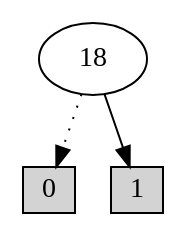
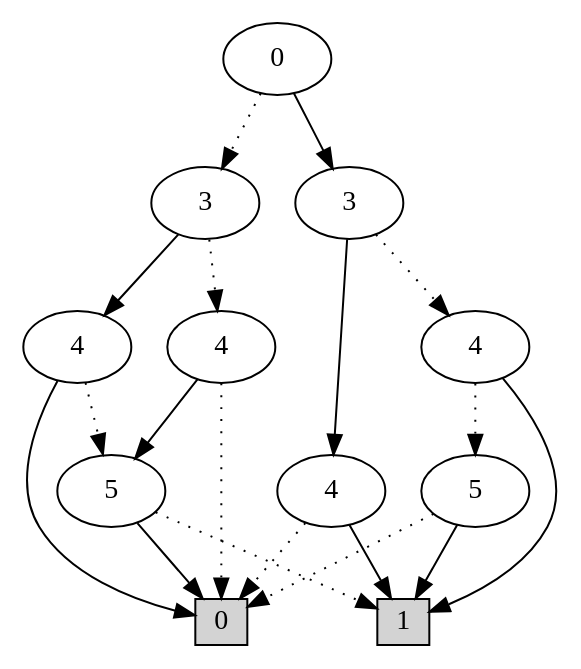
One commit to MieskeB/2IMF25 changed the diagram in ass6/res/circuit06/U56.dot. Above: the diagram before and after it, drawn with Graphviz. The commit also changed 830 other files, not shown here.

```diff
--- a/ass6/res/circuit06/U56.dot
+++ b/ass6/res/circuit06/U56.dot
@@ -1,7 +1,31 @@
 digraph G {
 0 [shape=box, label="0", style=filled, shape=box, height=0.3, width=0.3];
 1 [shape=box, label="1", style=filled, shape=box, height=0.3, width=0.3];
-38 [label="18"];
-38 -> 0 [style=dotted];
-38 -> 1 [style=filled];
+245 [label="0"];
+245 -> 243 [style=dotted];
+245 -> 244 [style=filled];
+243 [label="3"];
+243 -> 223 [style=dotted];
+243 -> 204 [style=filled];
+223 [label="4"];
+223 -> 0 [style=dotted];
+223 -> 13 [style=filled];
+13 [label="5"];
+13 -> 1 [style=dotted];
+13 -> 0 [style=filled];
+204 [label="4"];
+204 -> 13 [style=dotted];
+204 -> 0 [style=filled];
+244 [label="3"];
+244 -> 202 [style=dotted];
+244 -> 10 [style=filled];
+202 [label="4"];
+202 -> 12 [style=dotted];
+202 -> 1 [style=filled];
+12 [label="5"];
+12 -> 0 [style=dotted];
+12 -> 1 [style=filled];
+10 [label="4"];
+10 -> 0 [style=dotted];
+10 -> 1 [style=filled];
 }
```
